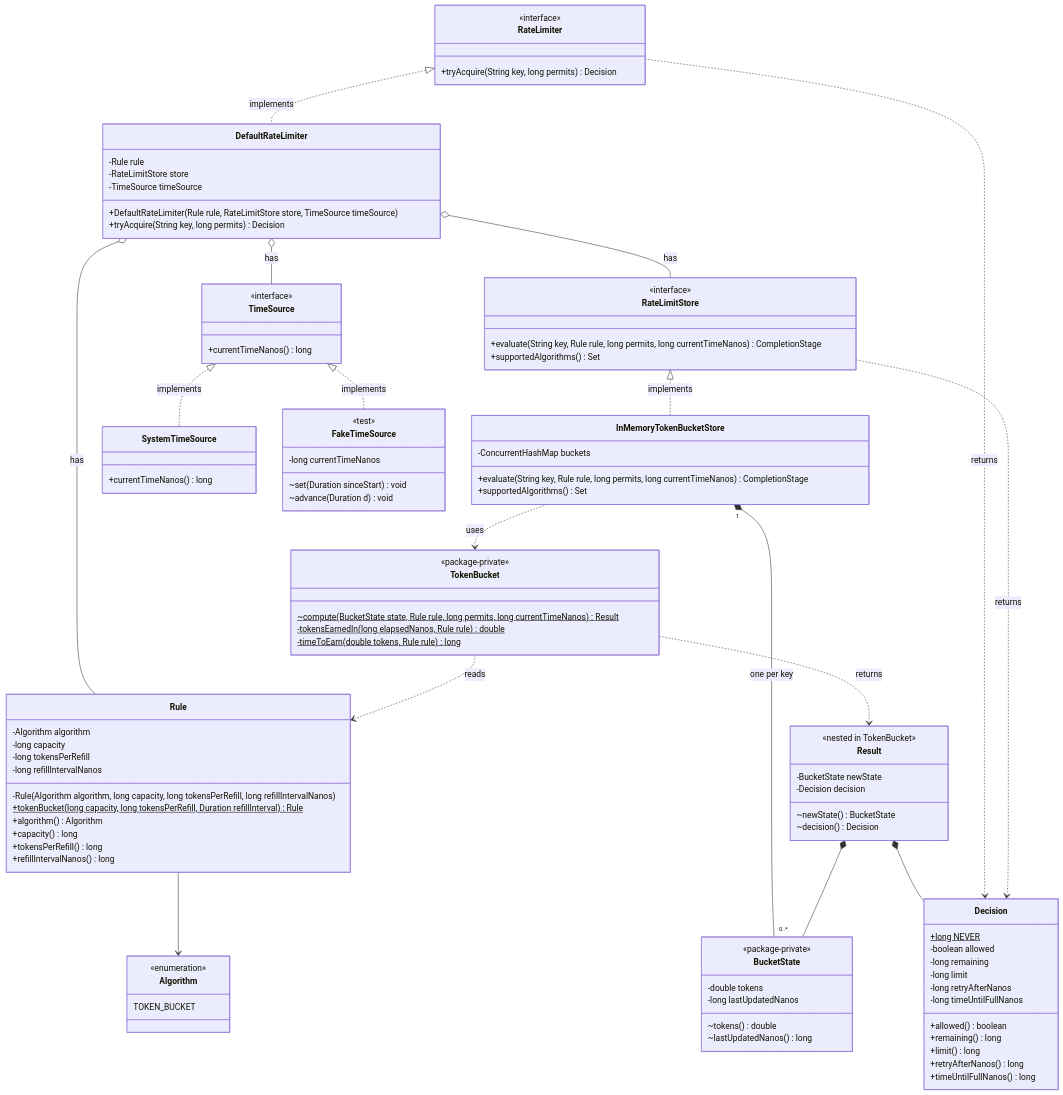
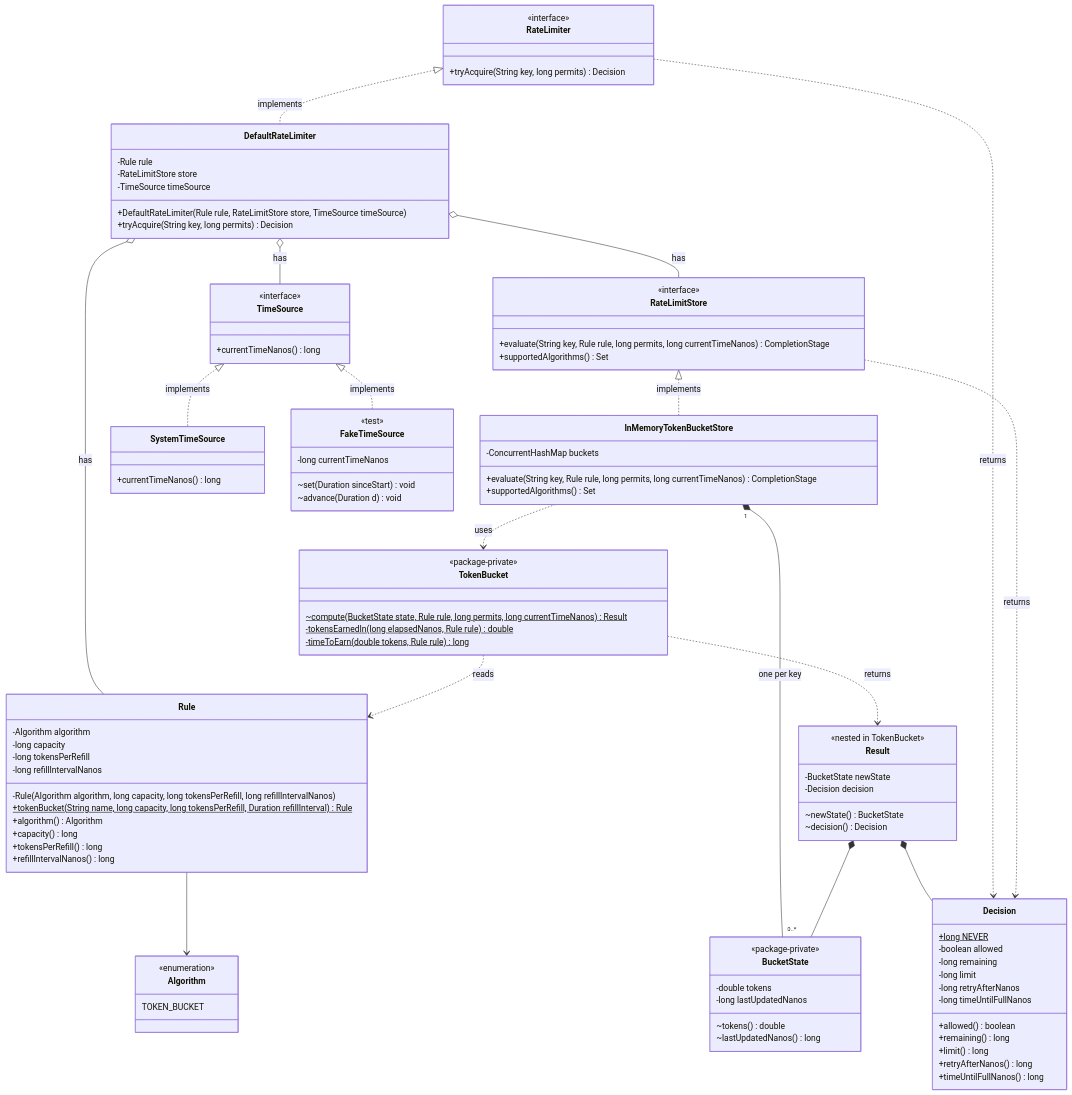
Before and after one commit to RaghuMHulkoti/rate-limiter: the diagram in docs/lld/token-bucket.md, drawn with Mermaid. The commit also changed other lines of this file and 8 other files, not shown here.

```diff
--- a/docs/lld/token-bucket.md
+++ b/docs/lld/token-bucket.md
@@ -320,7 +320,7 @@
         -long tokensPerRefill
         -long refillIntervalNanos
         -Rule(Algorithm algorithm, long capacity, long tokensPerRefill, long refillIntervalNanos)
-        +tokenBucket(long capacity, long tokensPerRefill, Duration refillInterval)$ Rule
+        +tokenBucket(String name, long capacity, long tokensPerRefill, Duration refillInterval)$ Rule
         +algorithm() Algorithm
         +capacity() long
         +tokensPerRefill() long
```
